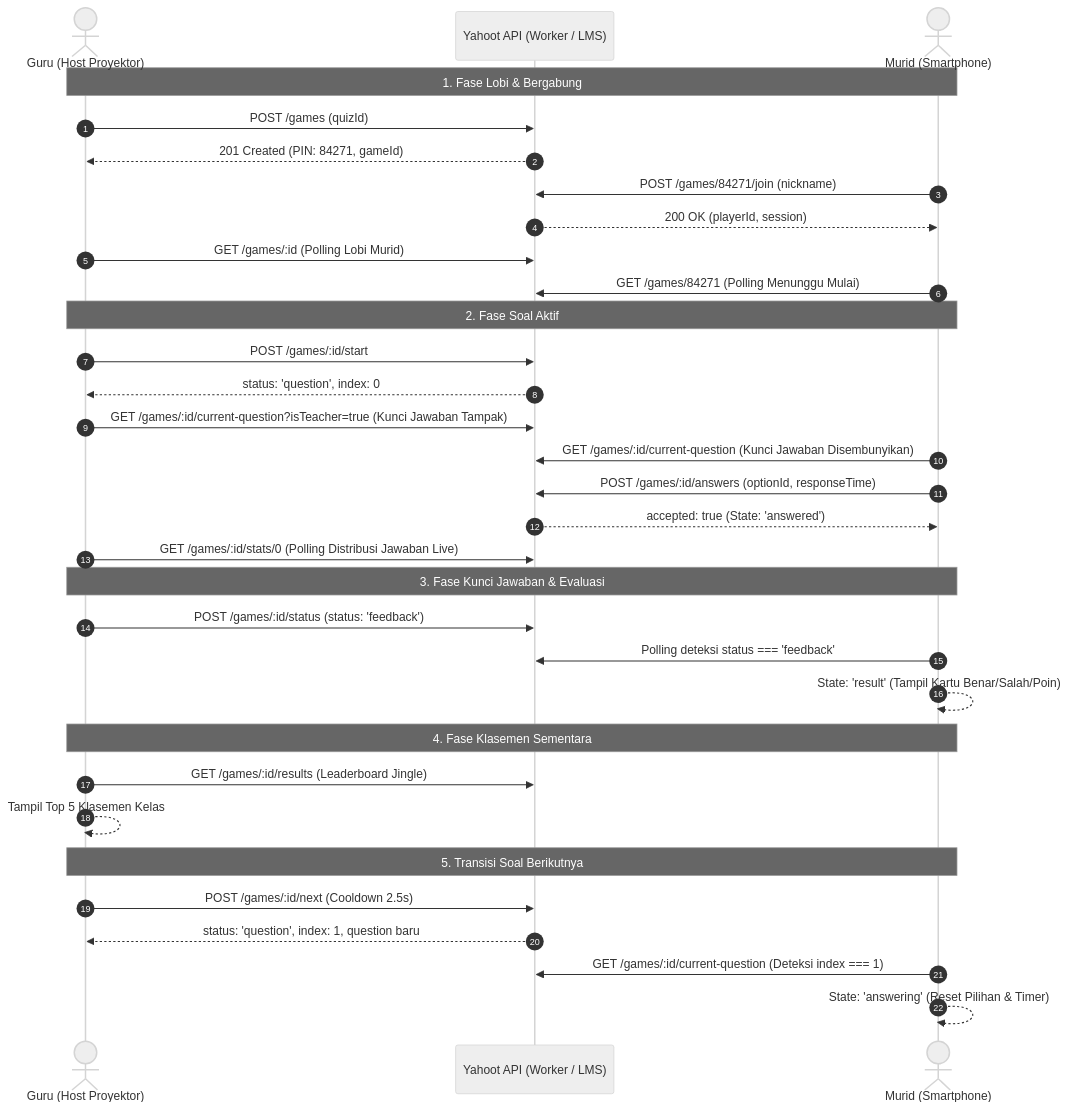
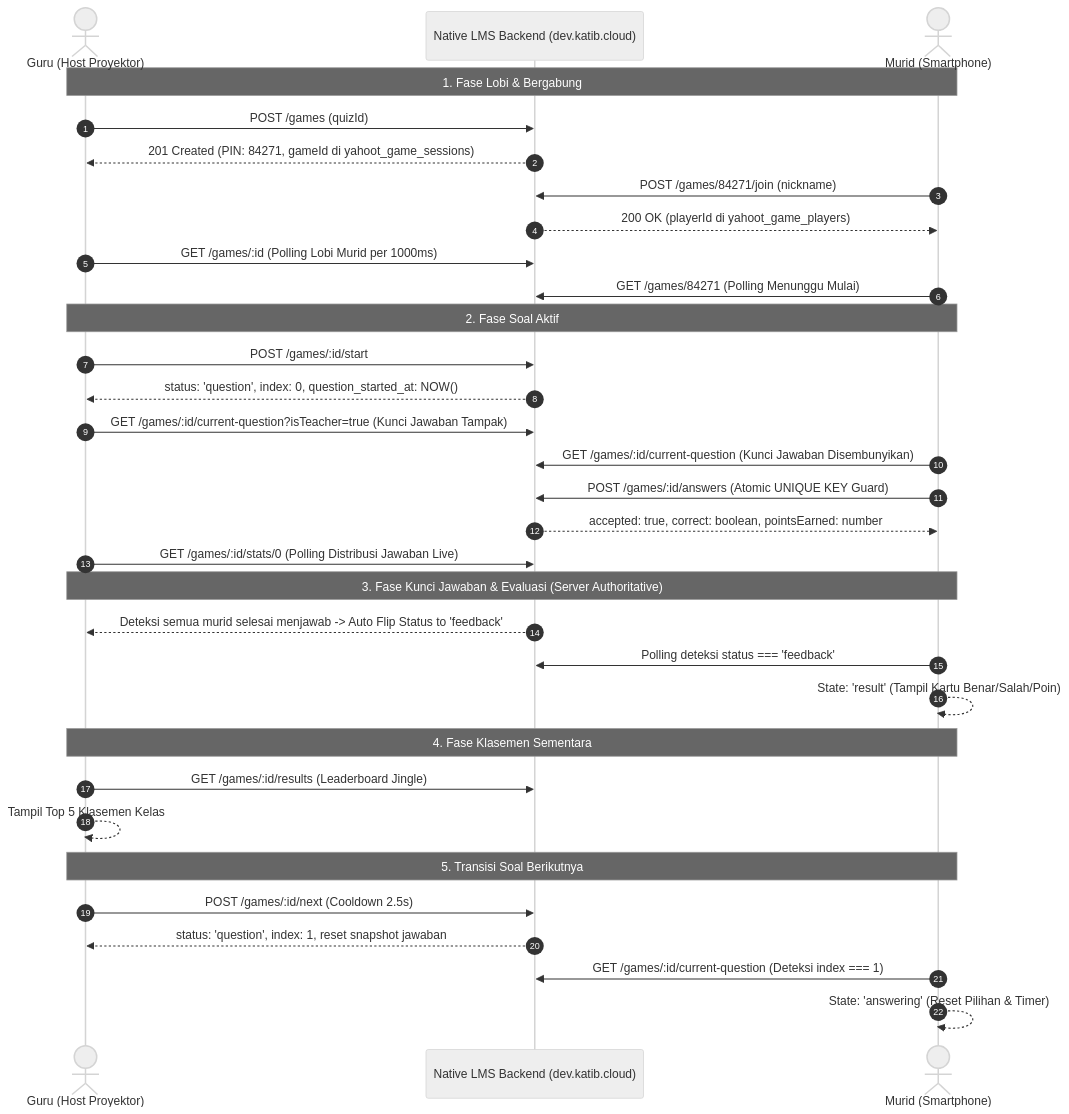
One commit to anditaurban/yahoot-quiz changed the second of 2 diagrams in docs/05-ENDPOINT-USAGE-MAP.md. Above: the diagram before and after it, drawn with Mermaid (neutral theme). The commit also changed other lines of this file and 1 other file, not shown here.

Commit message:
docs: update 05-ENDPOINT-USAGE-MAP and 06-BACKEND-INTEGRATION-HANDOVER with 100% completed integration status

````diff
--- a/docs/05-ENDPOINT-USAGE-MAP.md
+++ b/docs/05-ENDPOINT-USAGE-MAP.md
@@ -116,39 +115,39 @@
 ```mermaid
 sequenceDiagram
     autonumber
     actor Guru as Guru (Host Proyektor)
-    participant API as Yahoot API (Worker / LMS)
+    participant API as Native LMS Backend (dev.katib.cloud)
     actor Murid as Murid (Smartphone)
 
     Note over Guru,Murid: 1. Fase Lobi & Bergabung
     Guru->>API: POST /games (quizId)
-    API-->>Guru: 201 Created (PIN: 84271, gameId)
+    API-->>Guru: 201 Created (PIN: 84271, gameId di yahoot_game_sessions)
     Murid->>API: POST /games/84271/join (nickname)
-    API-->>Murid: 200 OK (playerId, session)
-    Guru->>API: GET /games/:id (Polling Lobi Murid)
+    API-->>Murid: 200 OK (playerId di yahoot_game_players)
+    Guru->>API: GET /games/:id (Polling Lobi Murid per 1000ms)
     Murid->>API: GET /games/84271 (Polling Menunggu Mulai)
 
     Note over Guru,Murid: 2. Fase Soal Aktif
     Guru->>API: POST /games/:id/start
-    API-->>Guru: status: 'question', index: 0
+    API-->>Guru: status: 'question', index: 0, question_started_at: NOW()
     Guru->>API: GET /games/:id/current-question?isTeacher=true (Kunci Jawaban Tampak)
     Murid->>API: GET /games/:id/current-question (Kunci Jawaban Disembunyikan)
-    Murid->>API: POST /games/:id/answers (optionId, responseTime)
-    API-->>Murid: accepted: true (State: 'answered')
+    Murid->>API: POST /games/:id/answers (Atomic UNIQUE KEY Guard)
+    API-->>Murid: accepted: true, correct: boolean, pointsEarned: number
     Guru->>API: GET /games/:id/stats/0 (Polling Distribusi Jawaban Live)
 
-    Note over Guru,Murid: 3. Fase Kunci Jawaban & Evaluasi
-    Guru->>API: POST /games/:id/status (status: 'feedback')
+    Note over Guru,Murid: 3. Fase Kunci Jawaban & Evaluasi (Server Authoritative)
+    API-->>Guru: Deteksi semua murid selesai menjawab -> Auto Flip Status to 'feedback'
     Murid->>API: Polling deteksi status === 'feedback'
     Murid-->>Murid: State: 'result' (Tampil Kartu Benar/Salah/Poin)
     
     Note over Guru,Murid: 4. Fase Klasemen Sementara
     Guru->>API: GET /games/:id/results (Leaderboard Jingle)
     Guru-->>Guru: Tampil Top 5 Klasemen Kelas
 
     Note over Guru,Murid: 5. Transisi Soal Berikutnya
     Guru->>API: POST /games/:id/next (Cooldown 2.5s)
-    API-->>Guru: status: 'question', index: 1, question baru
+    API-->>Guru: status: 'question', index: 1, reset snapshot jawaban
     Murid->>API: GET /games/:id/current-question (Deteksi index === 1)
     Murid-->>Murid: State: 'answering' (Reset Pilihan & Timer)
 ```
````
